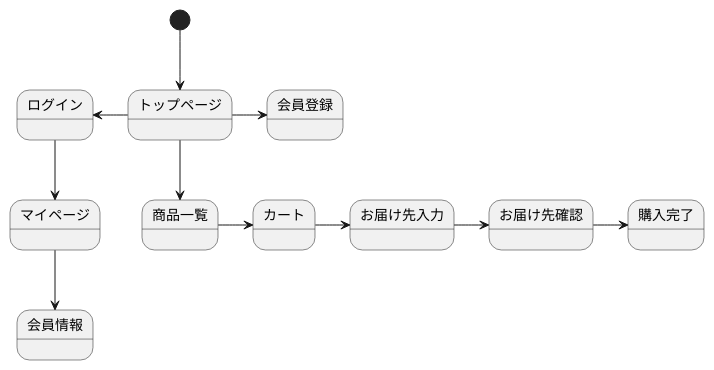
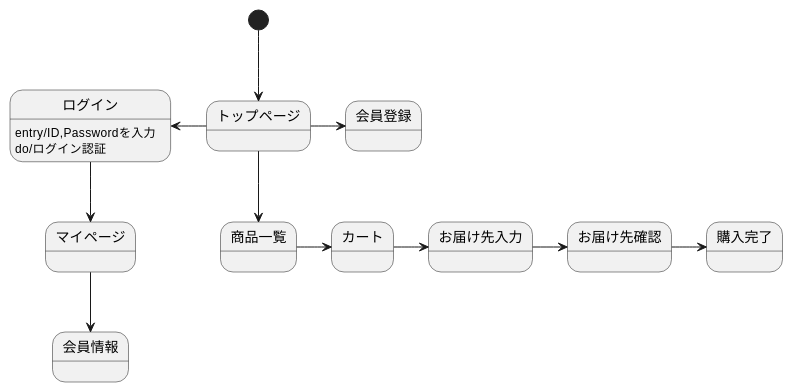
The diagram in stm01.md (Aso2001163/2021sys-design-2), drawn with PlantUML before and after one commit.

````diff
--- a/stm01.md
+++ b/stm01.md
@@ -1,14 +1,16 @@
 ```uml
 @startuml
 [*] --> トップページ
 トップページ -> 会員登録  
 トップページ -left-> ログイン
 ログイン -down-> マイページ
+ログイン:entry/ID,Passwordを入力
+ログイン:do/ログイン認証
 マイページ -down-> 会員情報
 トップページ --> 商品一覧
 商品一覧 -> カート
 カート -> お届け先入力
 お届け先入力 -> お届け先確認
 お届け先確認 -> 購入完了
 @enduml
 ```
````
